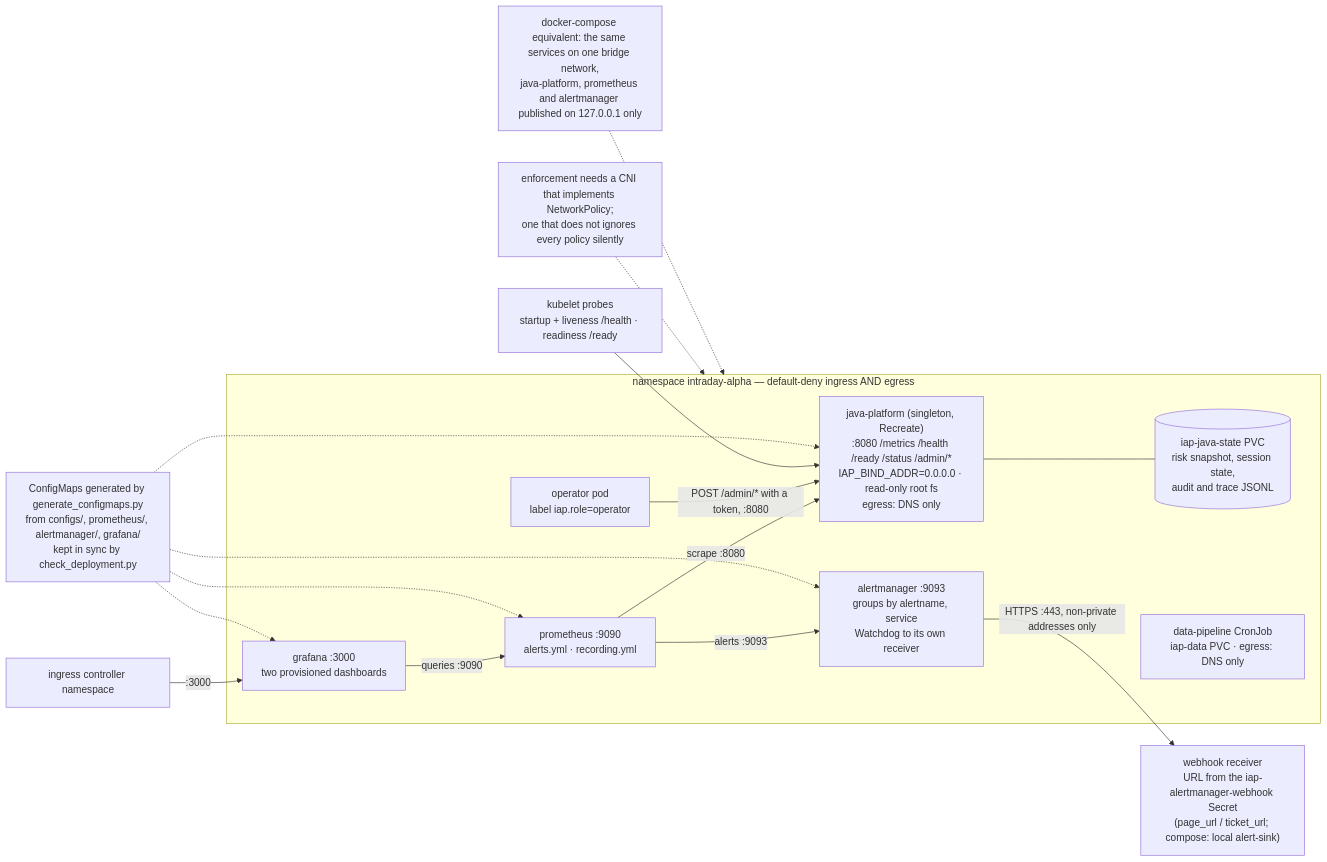
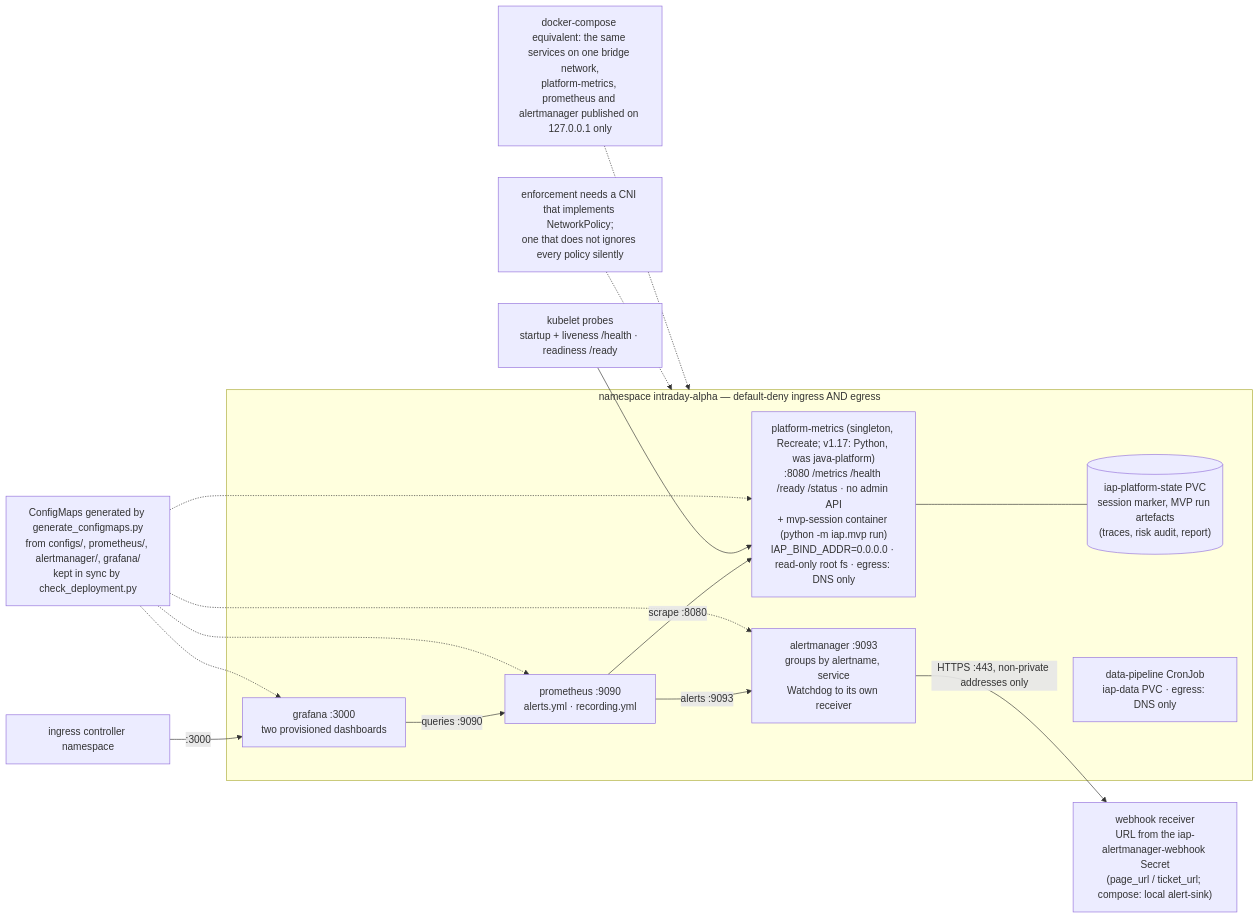
Diagram 18 of 41 in docs/DIAGRAMS.md (AshJha0/intraday-alpha-platform), drawn with Mermaid before and after one commit. The commit also changed 51 other files, not shown here.

````diff
--- a/docs/DIAGRAMS.md
+++ b/docs/DIAGRAMS.md
@@ -994,27 +994,25 @@
 ```mermaid
 flowchart LR
     %% deployment/k8s as of v1.3.0: workloads, the flows the NetworkPolicies allow, alert delivery.
     subgraph NS["namespace intraday-alpha — default-deny ingress AND egress"]
-        JP["java-platform (singleton, Recreate)<br/>:8080 /metrics /health /ready /status /admin/*<br/>IAP_BIND_ADDR=0.0.0.0 · read-only root fs<br/>egress: DNS only"]
-        PVC[("iap-java-state PVC<br/>risk snapshot, session state,<br/>audit and trace JSONL")]
+        JP["platform-metrics (singleton, Recreate; v1.17: Python, was java-platform)<br/>:8080 /metrics /health /ready /status · no admin API<br/>+ mvp-session container (python -m iap.mvp run)<br/>IAP_BIND_ADDR=0.0.0.0 · read-only root fs · egress: DNS only"]
+        PVC[("iap-platform-state PVC<br/>session marker, MVP run artefacts<br/>(traces, risk audit, report)")]
         PROM["prometheus :9090<br/>alerts.yml · recording.yml"]
         AM["alertmanager :9093<br/>groups by alertname, service<br/>Watchdog to its own receiver"]
         GRAF["grafana :3000<br/>two provisioned dashboards"]
         CRON["data-pipeline CronJob<br/>iap-data PVC · egress: DNS only"]
-        OPP["operator pod<br/>label iap.role=operator"]
     end
     JP --- PVC
     PROM -->|"scrape :8080"| JP
     PROM -->|"alerts :9093"| AM
     GRAF -->|"queries :9090"| PROM
-    OPP -->|"POST /admin/* with a token, :8080"| JP
     ING["ingress controller namespace"] -->|":3000"| GRAF
     AM -->|"HTTPS :443, non-private addresses only"| WH["webhook receiver<br/>URL from the iap-alertmanager-webhook Secret<br/>(page_url / ticket_url; compose: local alert-sink)"]
     KUBELET["kubelet probes<br/>startup + liveness /health · readiness /ready"] --> JP
     CM["ConfigMaps generated by generate_configmaps.py<br/>from configs/, prometheus/, alertmanager/, grafana/<br/>kept in sync by check_deployment.py"] -.-> JP
     CM -.-> PROM
     CM -.-> AM
     CM -.-> GRAF
     CNI["enforcement needs a CNI that implements NetworkPolicy;<br/>one that does not ignores every policy silently"] -.-> NS
-    COMPOSE["docker-compose equivalent: the same services on one bridge network,<br/>java-platform, prometheus and alertmanager published on 127.0.0.1 only"] -.-> NS
+    COMPOSE["docker-compose equivalent: the same services on one bridge network,<br/>platform-metrics, prometheus and alertmanager published on 127.0.0.1 only"] -.-> NS
 ```
````
